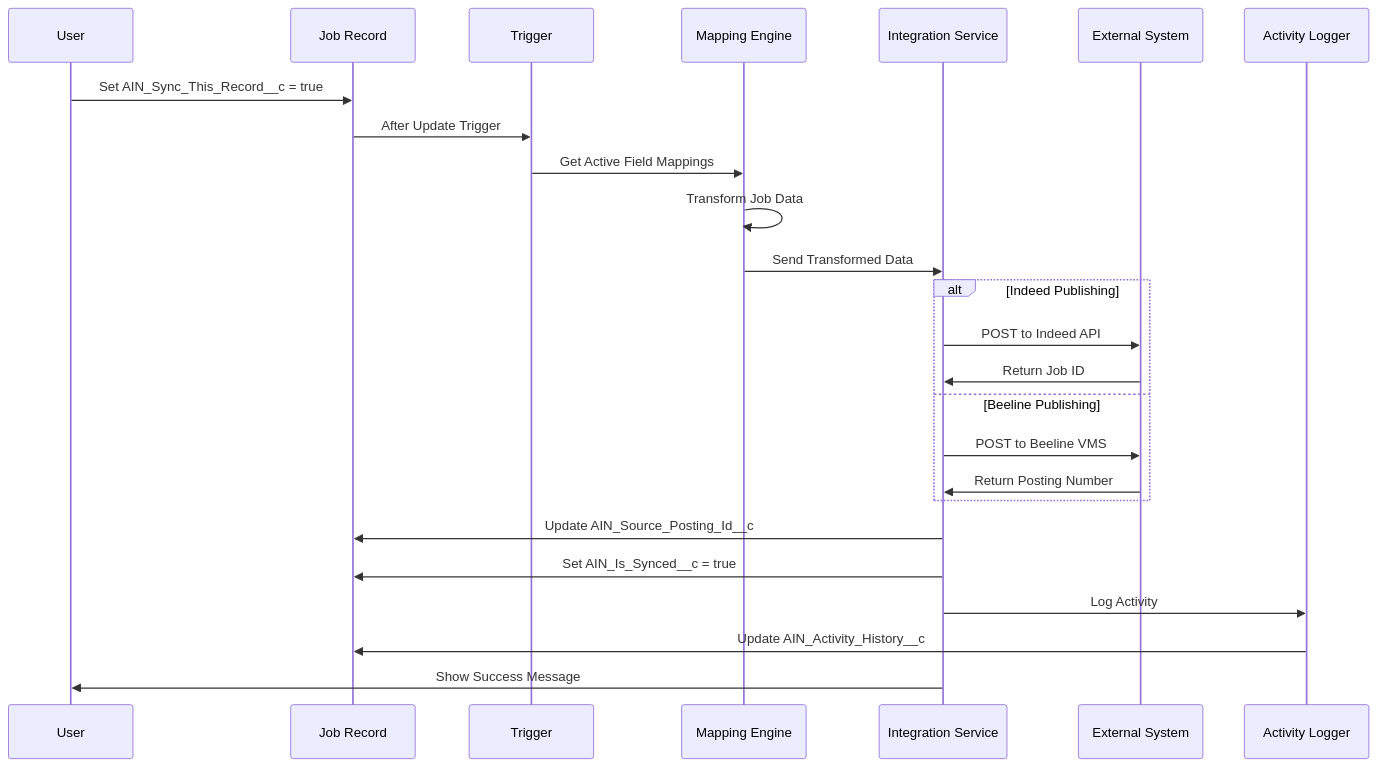
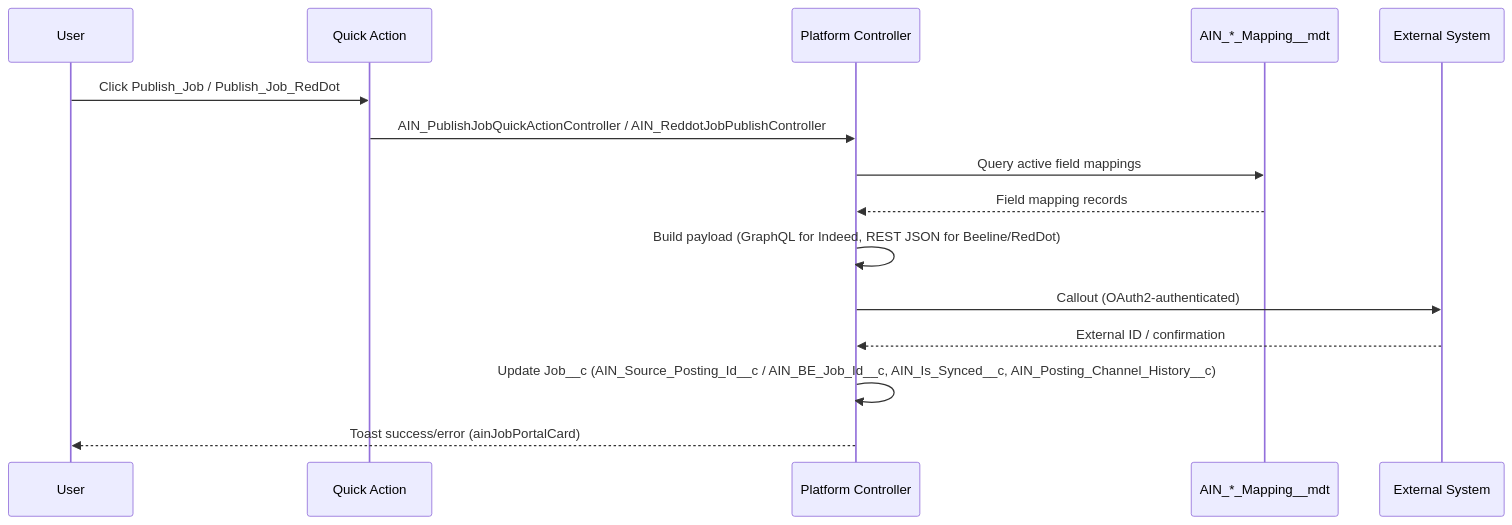
One commit to asymblinc/ProductDocumentations changed the first of 7 diagrams in AIN/AIN_Integration_Workflows_Documentation.md. Above: the diagram before and after it, drawn with Mermaid. The commit also changed other lines of this file and 11 other files, not shown here.

First line of the commit message:
docs(AIN): refresh against asymbl-integration master, remove fabrication

````diff
--- a/AIN/AIN_Integration_Workflows_Documentation.md
+++ b/AIN/AIN_Integration_Workflows_Documentation.md
@@ -25,30 +23,18 @@
 ```mermaid
 sequenceDiagram
     participant U as User
-    participant J as Job Record
-    participant T as Trigger
-    participant M as Mapping Engine
-    participant I as Integration Service
+    participant QA as Quick Action
+    participant C as Platform Controller
+    participant CMDT as AIN_*_Mapping__mdt
     participant E as External System
-    participant L as Activity Logger
-    
-    U->>J: Set AIN_Sync_This_Record__c = true
-    J->>T: After Update Trigger
-    T->>M: Get Active Field Mappings
-    M->>M: Transform Job Data
-    M->>I: Send Transformed Data
-    
-    alt Indeed Publishing
-        I->>E: POST to Indeed API
-        E->>I: Return Job ID
-    else Beeline Publishing
-        I->>E: POST to Beeline VMS
-        E->>I: Return Posting Number
-    end
-    
-    I->>J: Update AIN_Source_Posting_Id__c
-    I->>J: Set AIN_Is_Synced__c = true
-    I->>L: Log Activity
-    L->>J: Update AIN_Activity_History__c
-    I->>U: Show Success Message
+
+    U->>QA: Click Publish_Job / Publish_Job_RedDot
+    QA->>C: AIN_PublishJobQuickActionController / AIN_ReddotJobPublishController
+    C->>CMDT: Query active field mappings
+    CMDT-->>C: Field mapping records
+    C->>C: Build payload (GraphQL for Indeed, REST JSON for Beeline/RedDot)
+    C->>E: Callout (OAuth2-authenticated)
+    E-->>C: External ID / confirmation
+    C->>C: Update Job__c (AIN_Source_Posting_Id__c / AIN_BE_Job_Id__c, AIN_Is_Synced__c, AIN_Posting_Channel_History__c)
+    C-->>U: Toast success/error (ainJobPortalCard)
 ```
````
